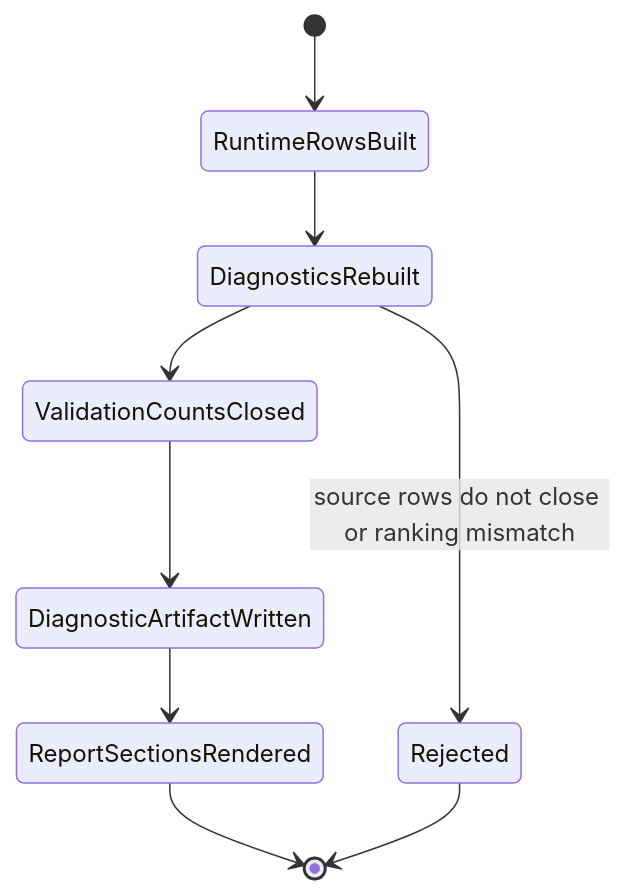
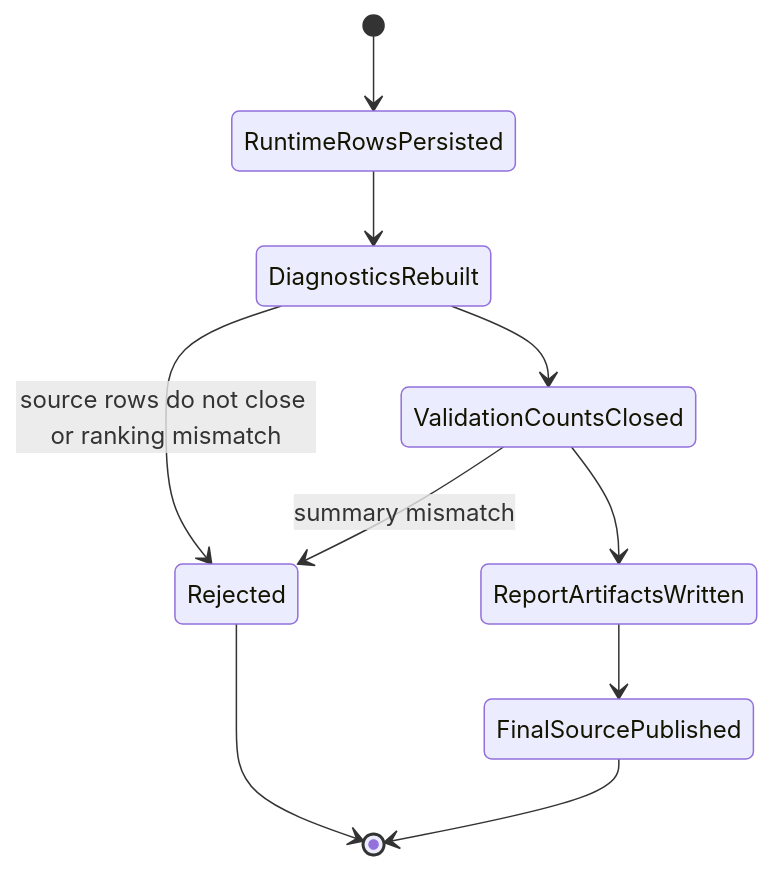
Before and after one commit to liu-qingyuan/llm-abm-marketing-sim: the third of 4 diagrams in docs/architecture/concurrent-message-campaign-diagnostics.md, drawn with Mermaid. The commit also changed other lines of this file and 3 other files, not shown here.

````diff
--- a/docs/architecture/concurrent-message-campaign-diagnostics.md
+++ b/docs/architecture/concurrent-message-campaign-diagnostics.md
@@ -86,11 +60,12 @@
 ```mermaid
 stateDiagram-v2
-    [*] --> RuntimeRowsBuilt
-    RuntimeRowsBuilt --> DiagnosticsRebuilt
+    [*] --> RuntimeRowsPersisted
+    RuntimeRowsPersisted --> DiagnosticsRebuilt
     DiagnosticsRebuilt --> ValidationCountsClosed
-    ValidationCountsClosed --> DiagnosticArtifactWritten
-    DiagnosticArtifactWritten --> ReportSectionsRendered
-    ReportSectionsRendered --> [*]
+    ValidationCountsClosed --> ReportArtifactsWritten
+    ReportArtifactsWritten --> FinalSourcePublished
     DiagnosticsRebuilt --> Rejected: source rows do not close or ranking mismatch
+    ValidationCountsClosed --> Rejected: summary mismatch
     Rejected --> [*]
+    FinalSourcePublished --> [*]
 ```
````
